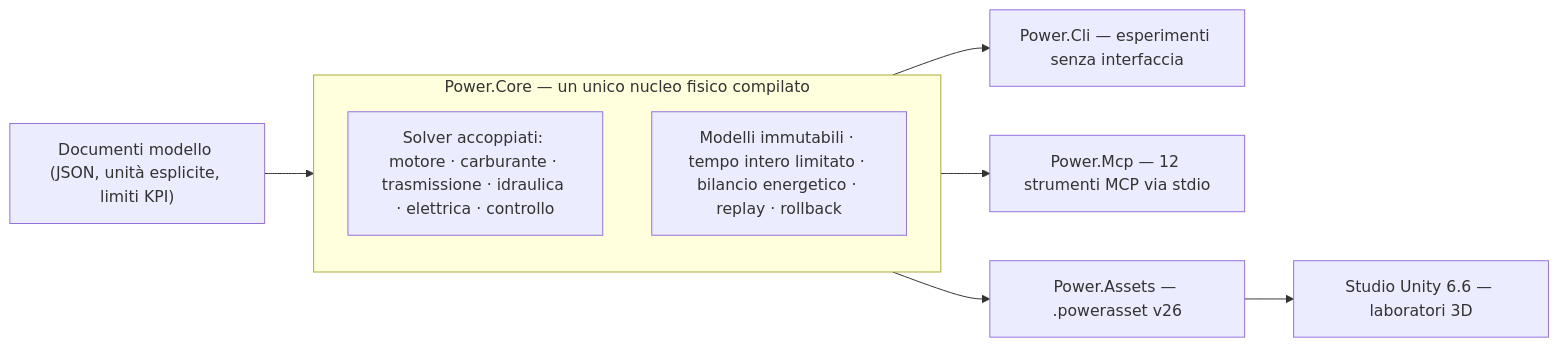
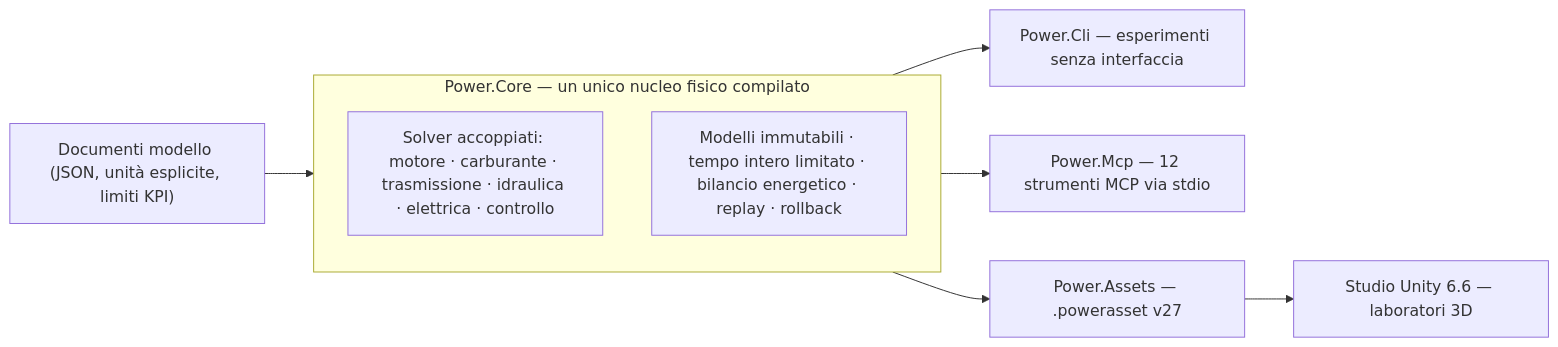
Before and after one commit to Water-Run/Power: the diagram in README.it.md, drawn with Mermaid. The commit also changed other lines of this file and 166 other files, not shown here.

````diff
--- a/README.it.md
+++ b/README.it.md
@@ -13,18 +13,18 @@
 ```mermaid
 flowchart LR
     model["Documenti modello (JSON, unità esplicite, limiti KPI)"]
     subgraph core["Power.Core — un unico nucleo fisico compilato"]
         solvers["Solver accoppiati: motore · carburante · trasmissione · idraulica · elettrica · controllo"]
         invariants["Modelli immutabili · tempo intero limitato · bilancio energetico · replay · rollback"]
     end
     cli["Power.Cli — esperimenti senza interfaccia"]
     mcp["Power.Mcp — 12 strumenti MCP via stdio"]
-    assets["Power.Assets — .powerasset v26"]
+    assets["Power.Assets — .powerasset v27"]
     unity["Studio Unity 6.6 — laboratori 3D"]
 
     model --> core
     core --> cli
     core --> mcp
     core --> assets
     assets --> unity
 ```
````
